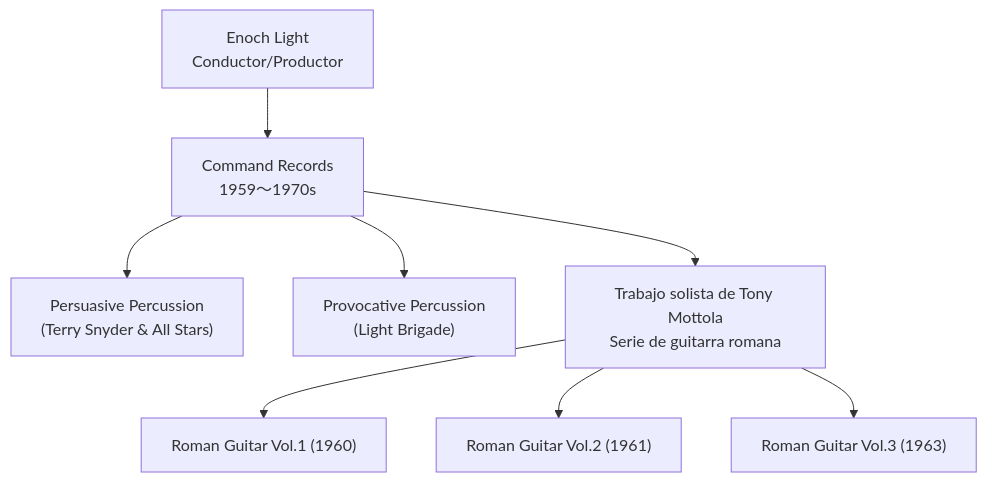
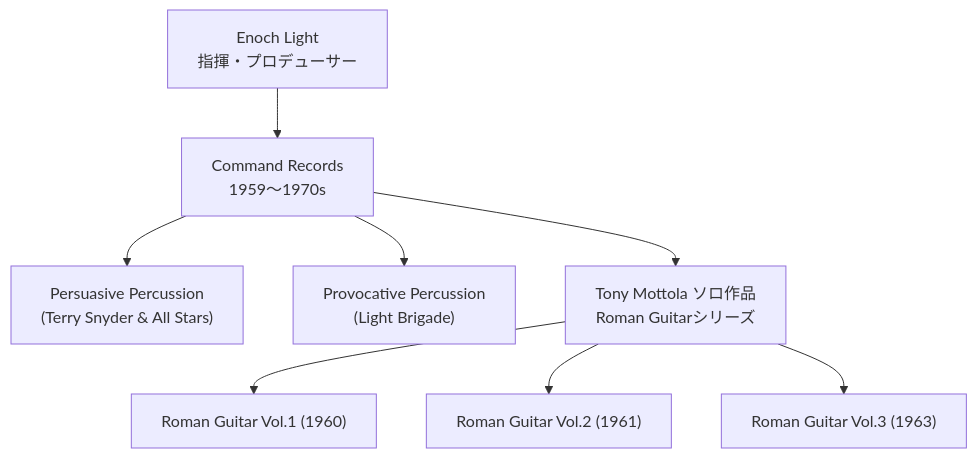
One commit to monumental-movement/monumental-movement.github.io changed the second of 2 diagrams in es/_posts/2025-10-04-Column-Enoch-Light-Command.md. Above: the diagram before and after it, drawn with Mermaid. The commit also changed other lines of this file and 299 other files, not shown here.

```diff
--- a/es/_posts/2025-10-04-Column-Enoch-Light-Command.md
+++ b/es/_posts/2025-10-04-Column-Enoch-Light-Command.md
@@ -132,12 +132,12 @@
 <div class="mermaid">
 
 flowchart TD
-  A["Enoch Light<br>Conductor/Productor"] --> B["Command Records<br>1959〜1970s"]
+  A["Enoch Light<br>指揮・プロデューサー"] --> B["Command Records<br>1959〜1970s"]
   B --> C["Persuasive Percussion<br>(Terry Snyder & All Stars)"]
   B --> D["Provocative Percussion<br>(Light Brigade)"]
-  B --> E["Trabajo solista de Tony Mottola<br>Serie de guitarra romana"]
+  B --> E["Tony Mottola ソロ作品<br>Roman Guitarシリーズ"]
   E --> F["Roman Guitar Vol.1 (1960)"]
   E --> G["Roman Guitar Vol.2 (1961)"]
   E --> H["Roman Guitar Vol.3 (1963)"]
 
 </div>
```
